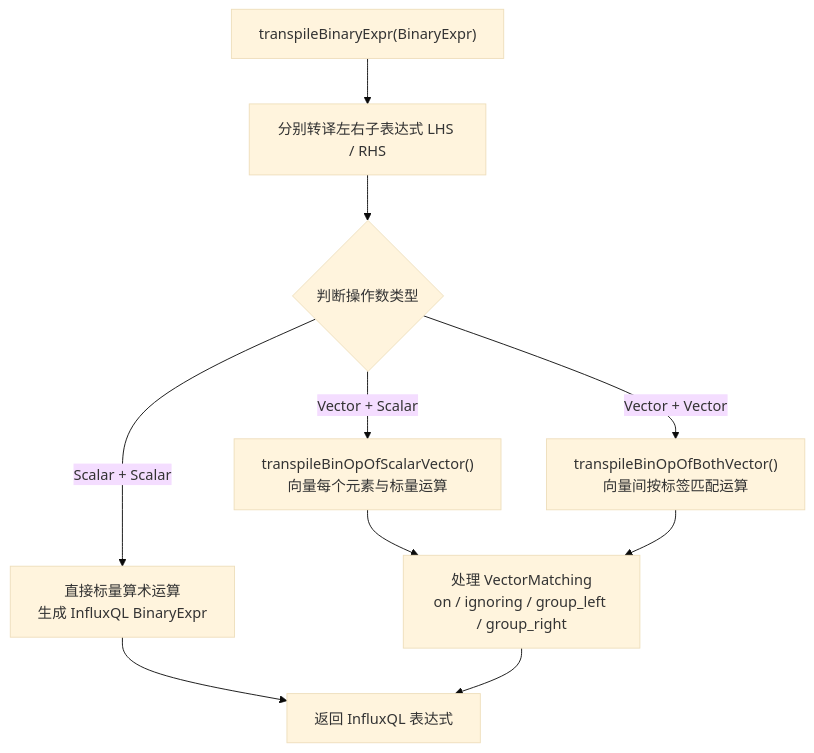
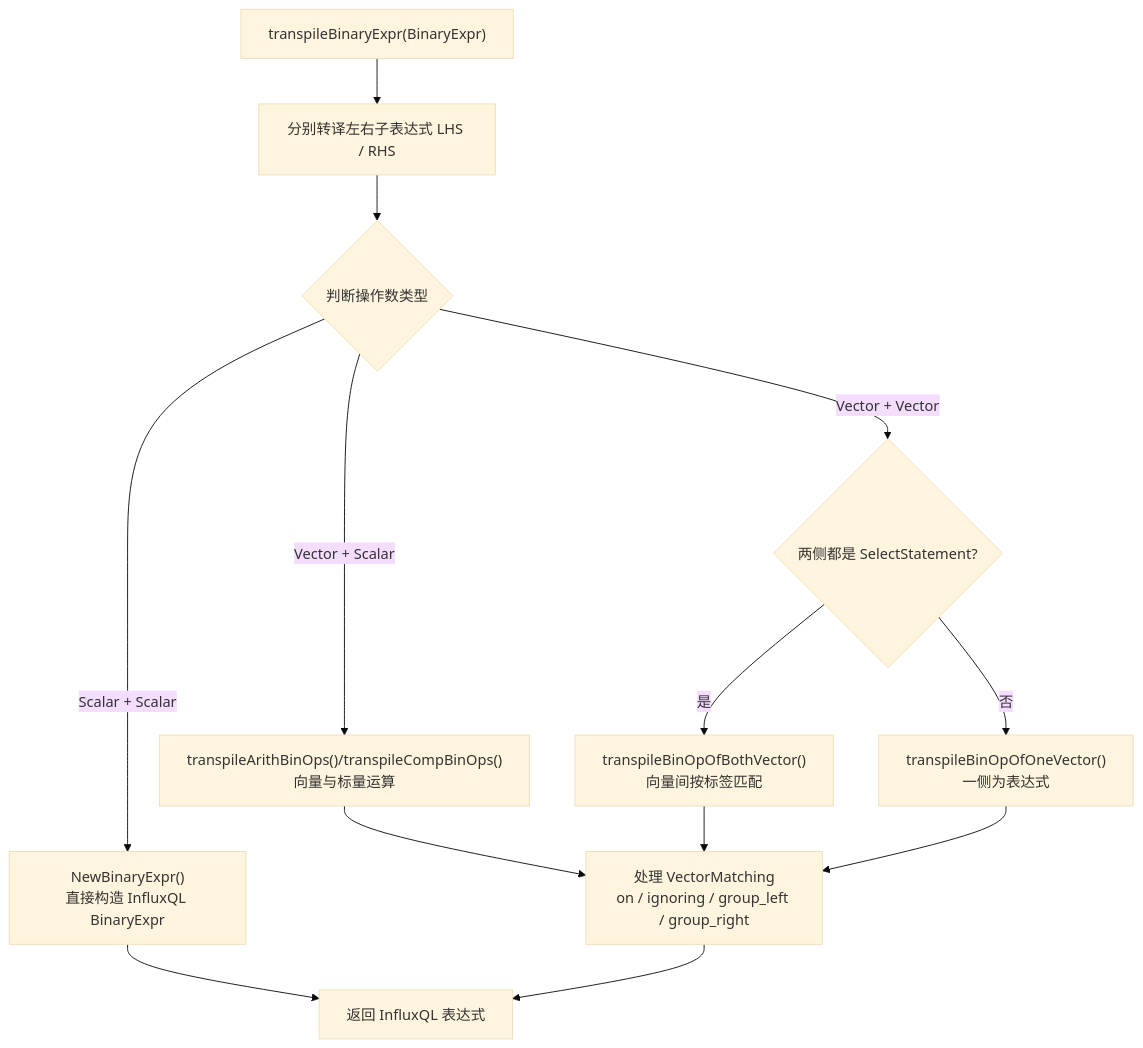
Before and after one commit to stefanv5/openGemini: the fifth of 17 diagrams in docs/specs/08_promql_compatibility_spec.md, drawn with Mermaid (base theme). The commit also changed other lines of this file and 37 other files, not shown here.

````diff
--- a/docs/specs/08_promql_compatibility_spec.md
+++ b/docs/specs/08_promql_compatibility_spec.md
@@ -1073,12 +1109,15 @@
 ```mermaid
 graph TD
     A["transpileBinaryExpr(BinaryExpr)"] --> B["分别转译左右子表达式 LHS / RHS"]
     B --> C{"判断操作数类型"}
-    C -->|"Scalar + Scalar"| D["直接标量算术运算<br/>生成 InfluxQL BinaryExpr"]
-    C -->|"Vector + Scalar"| E["transpileBinOpOfScalarVector()<br/>向量每个元素与标量运算"]
-    C -->|"Vector + Vector"| F["transpileBinOpOfBothVector()<br/>向量间按标签匹配运算"]
+    C -->|"Scalar + Scalar"| D["NewBinaryExpr()<br/>直接构造 InfluxQL BinaryExpr"]
+    C -->|"Vector + Scalar"| E["transpileArithBinOps()/transpileCompBinOps()<br/>向量与标量运算"]
+    C -->|"Vector + Vector"| F{"两侧都是 SelectStatement?"}
+    F -->|"是"| F1["transpileBinOpOfBothVector()<br/>向量间按标签匹配"]
+    F -->|"否"| F2["transpileBinOpOfOneVector()<br/>一侧为表达式"]
     E --> G["处理 VectorMatching<br/>on / ignoring / group_left / group_right"]
-    F --> G
+    F1 --> G
+    F2 --> G
     D --> H["返回 InfluxQL 表达式"]
     G --> H
 ```
````
